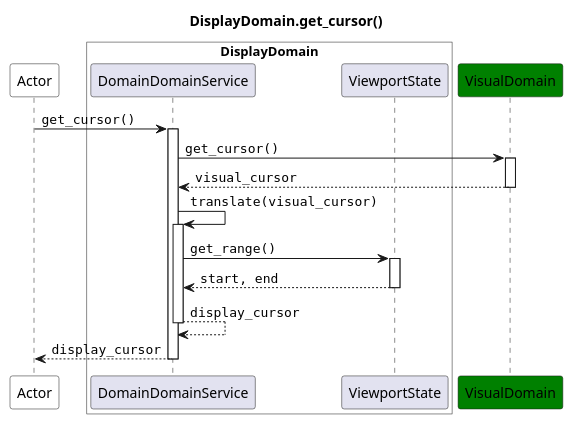
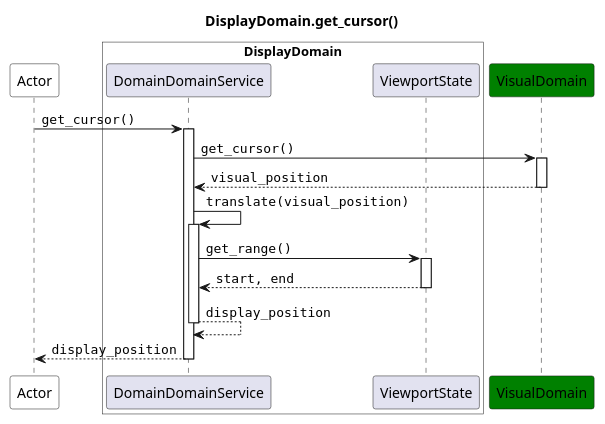
Before and after one commit to JoeRittiner/TextEngine: the diagram in docs/source/specs/architecture/diagrams/sequence/seq_get_cursor_display.puml, drawn with PlantUML. The commit also changed 11 other files, not shown here.

Commit message:
doc: Cleanup diagrams and consistency

```diff
--- a/docs/source/specs/architecture/diagrams/sequence/seq_get_cursor_display.puml
+++ b/docs/source/specs/architecture/diagrams/sequence/seq_get_cursor_display.puml
@@ -1,25 +1,25 @@
 @startuml
 
 title DisplayDomain.get_cursor()
 
 participant Actor as app #white
 box "DisplayDomain" #white
     participant DomainDomainService as DS
     participant ViewportState as VS
 end box
 participant VisualDomain as VD #green
 
 app -> DS : ""get_cursor()""
 activate DS
     DS -> VD : ""get_cursor()""
     activate VD
-        return ""visual_cursor""
-    DS -> DS : ""translate(visual_cursor)""
+        return ""visual_position""
+    DS -> DS : ""translate(visual_position)""
     activate DS
         DS -> VS : ""get_range()""
         activate VS
             return ""start, end""
-        return ""display_cursor""
-    return ""display_cursor""
+        return ""display_position""
+    return ""display_position""
 
 @enduml
```
